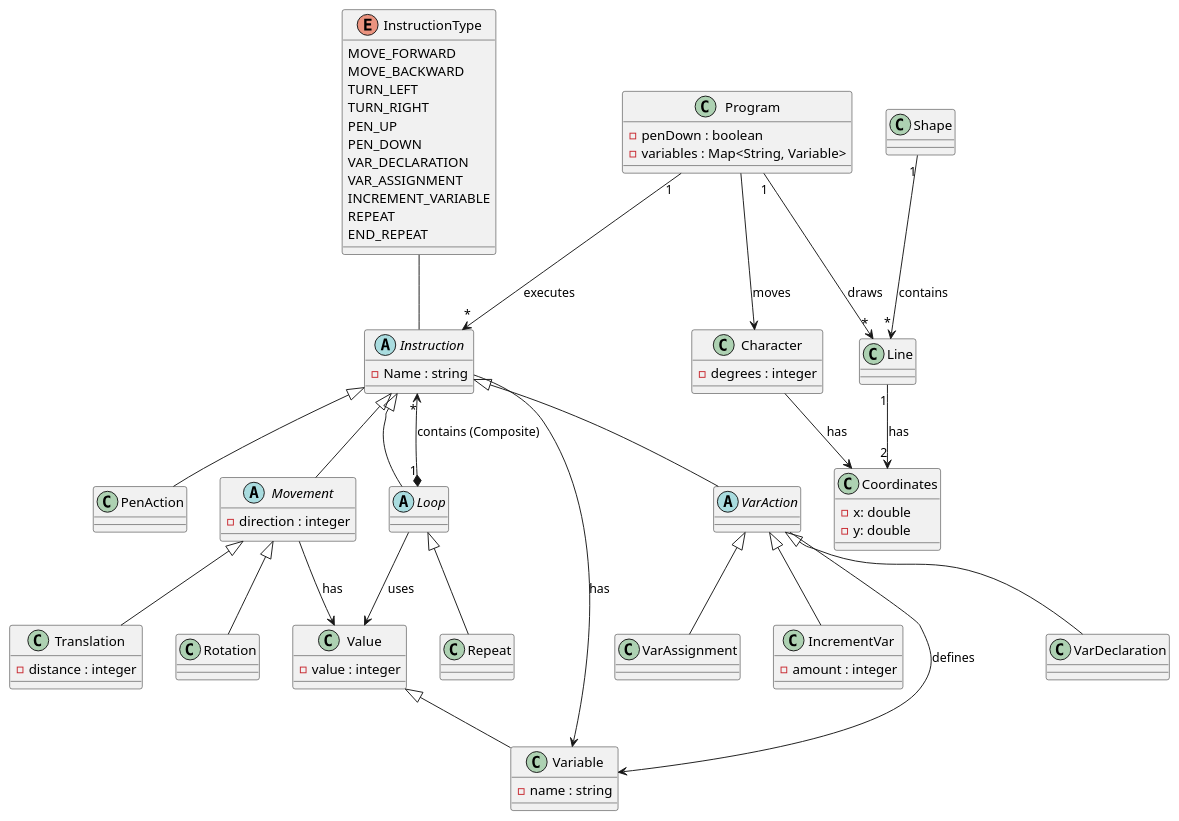
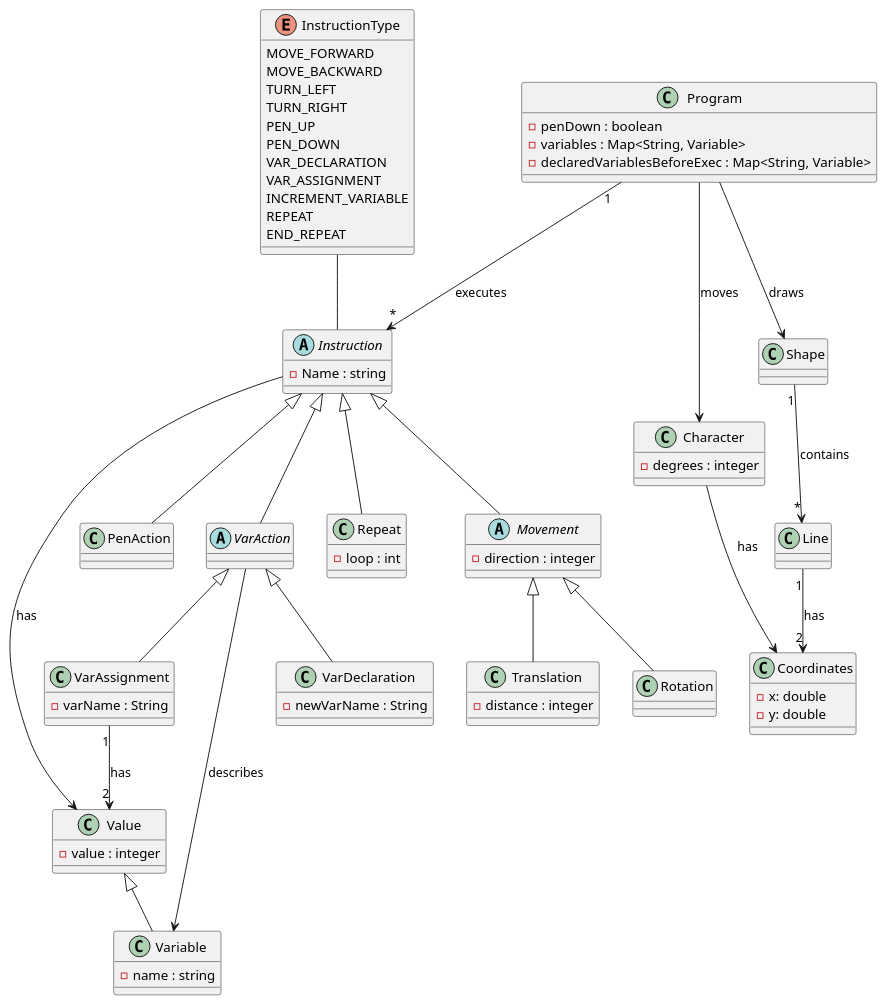
Before and after one commit to eab98/Scratch: the diagram in UML/Domain Diagram.puml, drawn with PlantUML.

Commit message:
feat(UML): Mise à jour du diagramme de domaine après la deuxième itération

```diff
--- a/UML/Domain Diagram.puml
+++ b/UML/Domain Diagram.puml
@@ -1,105 +1,97 @@
 @startuml
 
 class Program {
         - penDown : boolean
         - variables : Map<String, Variable>
+        - declaredVariablesBeforeExec : Map<String, Variable>
 }
 
 class Character {
         - degrees : integer
 
     }
 class Coordinates {
     - x: double
     - y: double
 }
 
 abstract class Instruction {
     - Name : string
 }
 
 
 abstract class Movement extends Instruction {
      - direction : integer
      }
 
 
 class Rotation extends Movement
 
 class Translation extends Movement {
     - distance : integer
     }
 
 class Line {
 }
 
 class Shape {
 
 }
 
 class PenAction extends Instruction {
 
 }
 
 enum InstructionType {
     MOVE_FORWARD
     MOVE_BACKWARD
     TURN_LEFT
     TURN_RIGHT
     PEN_UP
     PEN_DOWN
     VAR_DECLARATION
     VAR_ASSIGNMENT
     INCREMENT_VARIABLE
     REPEAT
     END_REPEAT
 }
 
 class Variable extends Value {
     - name : string
 }
 
 abstract class VarAction extends Instruction {
 
 }
 
 class VarDeclaration extends VarAction {
-
+    - newVarName : String
 }
 
 class VarAssignment extends VarAction {
-
+    - varName : String
 }
 
-class IncrementVar extends VarAction {
-    - amount : integer
-}
 
-abstract class Loop extends Instruction {
-
-}
-
-class Repeat extends Loop {
-
+class Repeat extends Instruction {
+    - loop : int
 }
 
 class Value {
     - value : integer
 }
 
 ' --- RELATIONS --- '
 
 InstructionType -- Instruction
 Character -->  Coordinates : has
 Program --> Character :  moves
 Program "1" --> "*" Instruction : executes
 Shape "1" --> "*" Line : contains
-Program "1" --> "*" Line : draws
+Program  --> Shape : draws
 Line "1" --> "2" Coordinates : has
-Instruction --> Variable : has
-VarAction --> Variable : defines
-Loop --> Value : uses
-Loop "1" *--> "*" Instruction : contains (Composite)
-Movement --> Value : has
+Instruction --> Value : has
+VarAction --> Variable : describes
+VarAssignment "1" --> "2" Value : has
 
 @end
```
